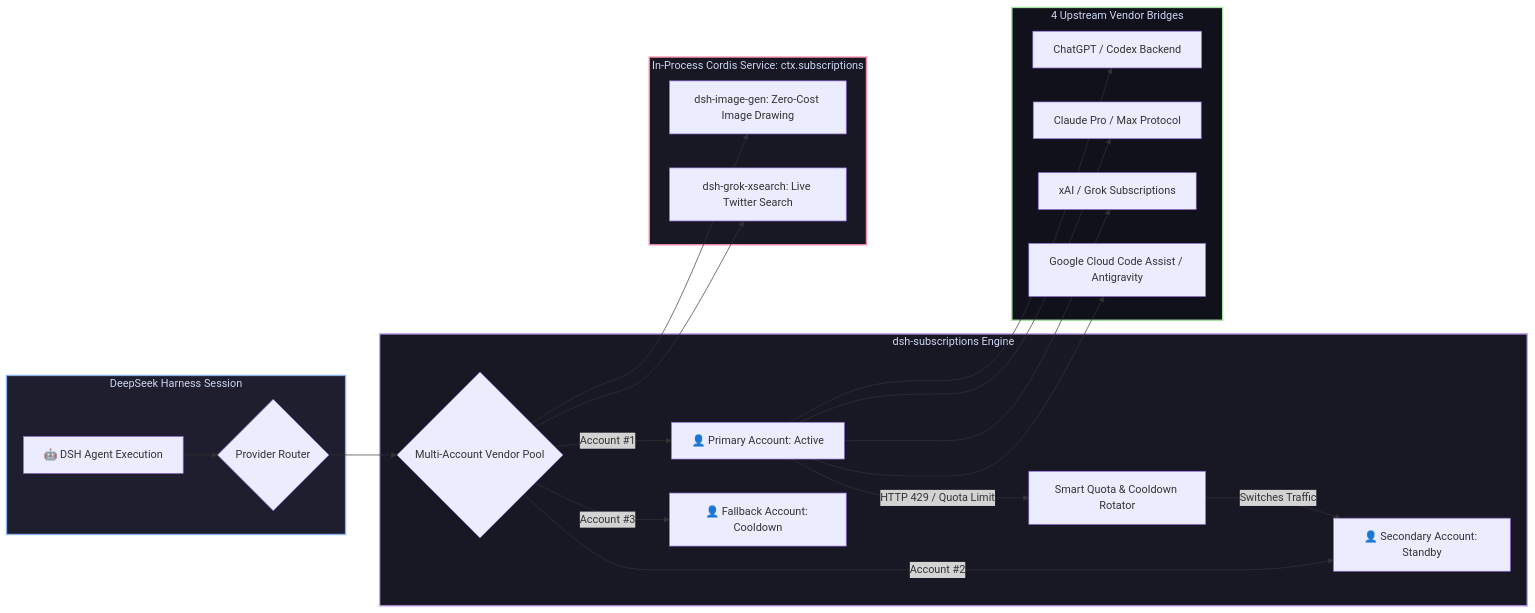
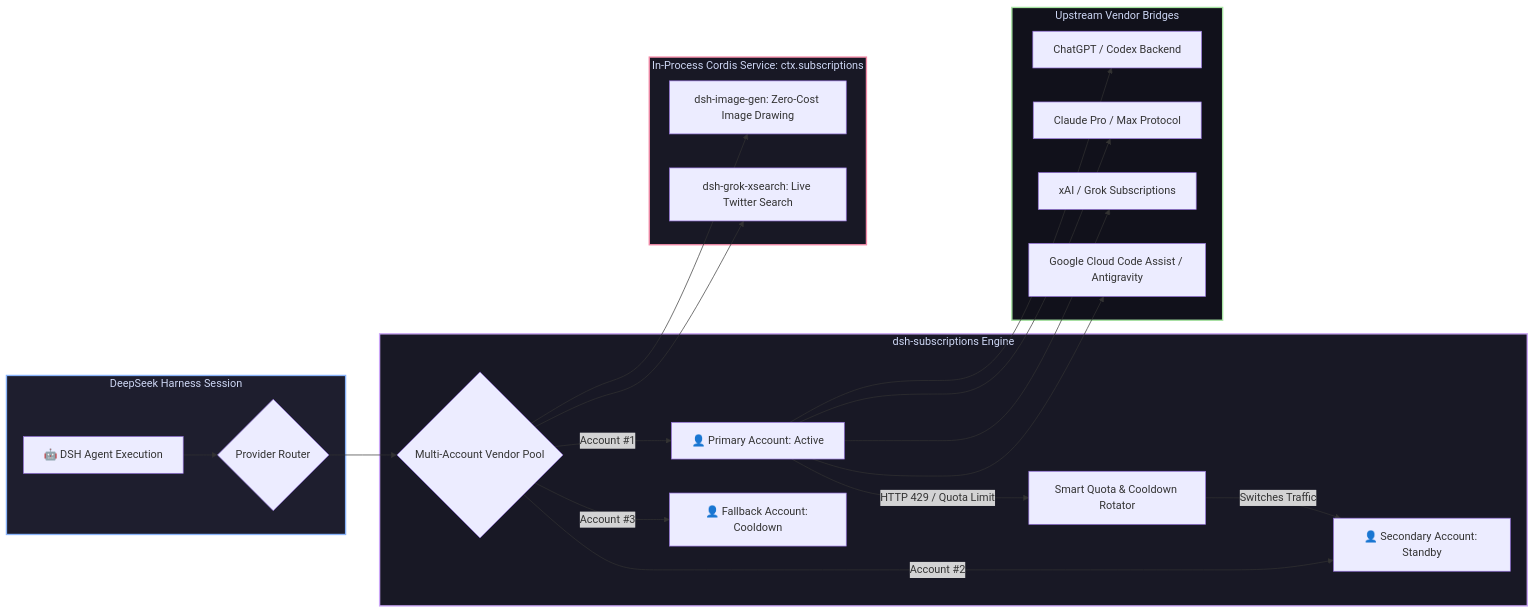
Before and after one commit to GooDAnDReaDY/dsh-subscriptions: the diagram in README.md, drawn with Mermaid. The commit also changed other lines of this file and 8 other files, not shown here.

````diff
--- a/README.md
+++ b/README.md
@@ -34,32 +34,32 @@
 ```mermaid
 graph LR
     subgraph DSHCore [DeepSeek Harness Session]
         Agent[🤖 DSH Agent Execution] --> Router{Provider Router}
     end
 
     subgraph SubscriptionsCore [dsh-subscriptions Engine]
         Router --> Pool{Multi-Account Vendor Pool}
         Pool -->|Account #1| Acc1[👤 Primary Account: Active]
         Pool -->|Account #2| Acc2[👤 Secondary Account: Standby]
         Pool -->|Account #3| Acc3[👤 Fallback Account: Cooldown]
         Acc1 -->|HTTP 429 / Quota Limit| Rotate[Smart Quota & Cooldown Rotator]
         Rotate -->|Switches Traffic| Acc2
     end
 
-    subgraph VendorBridges [4 Upstream Vendor Bridges]
+    subgraph VendorBridges [Upstream Vendor Bridges]
         Acc1 --> B1[ChatGPT / Codex Backend]
         Acc1 --> B2[Claude Pro / Max Protocol]
         Acc1 --> B3[xAI / Grok Subscriptions]
         Acc1 --> B4[Google Cloud Code Assist / Antigravity]
     end
 
     subgraph EcosystemBridge [In-Process Cordis Service: ctx.subscriptions]
         Pool --> ImgGen[dsh-image-gen: Zero-Cost Image Drawing]
         Pool --> XSearch[dsh-grok-xsearch: Live Twitter Search]
     end
 
     style DSHCore fill:#1e1e2e,stroke:#89b4fa,stroke-width:2px,color:#cdd6f4
     style SubscriptionsCore fill:#181825,stroke:#cba6f7,stroke-width:2px,color:#cdd6f4
     style VendorBridges fill:#11111b,stroke:#a6e3a1,stroke-width:2px,color:#cdd6f4
     style EcosystemBridge fill:#181825,stroke:#f38ba8,stroke-width:2px,color:#cdd6f4
 ```
````
